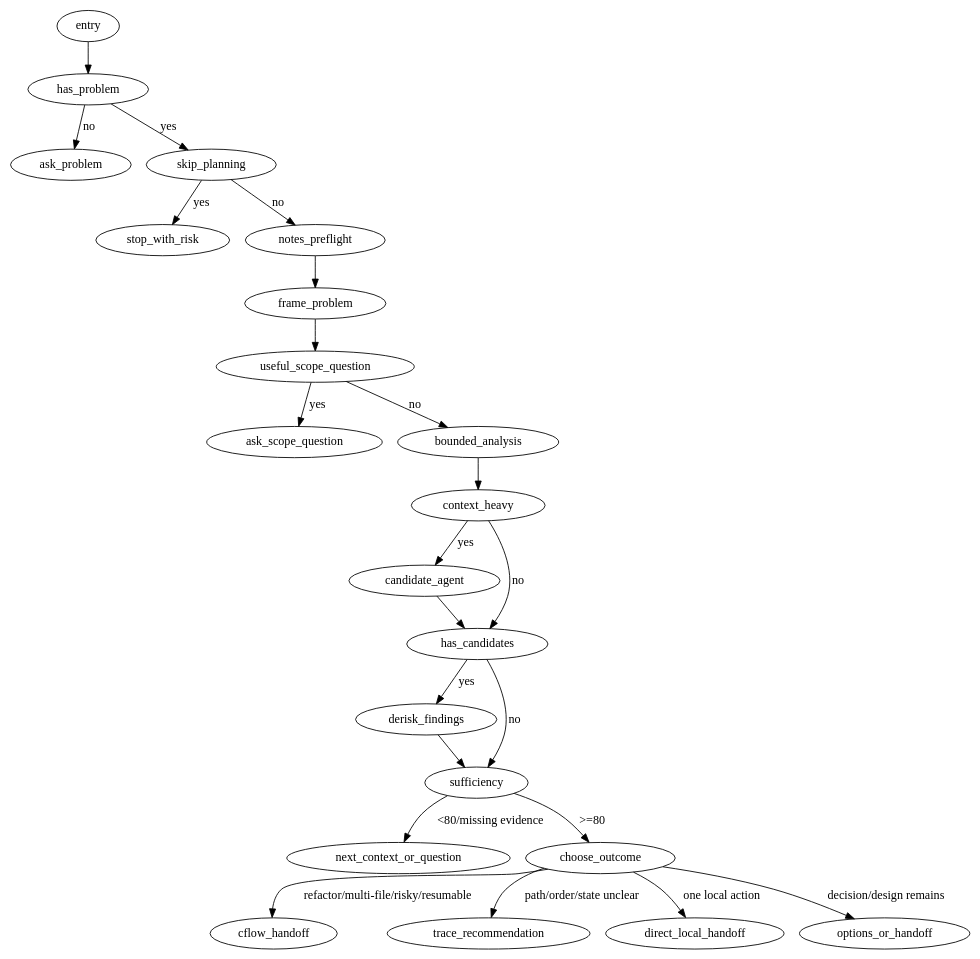
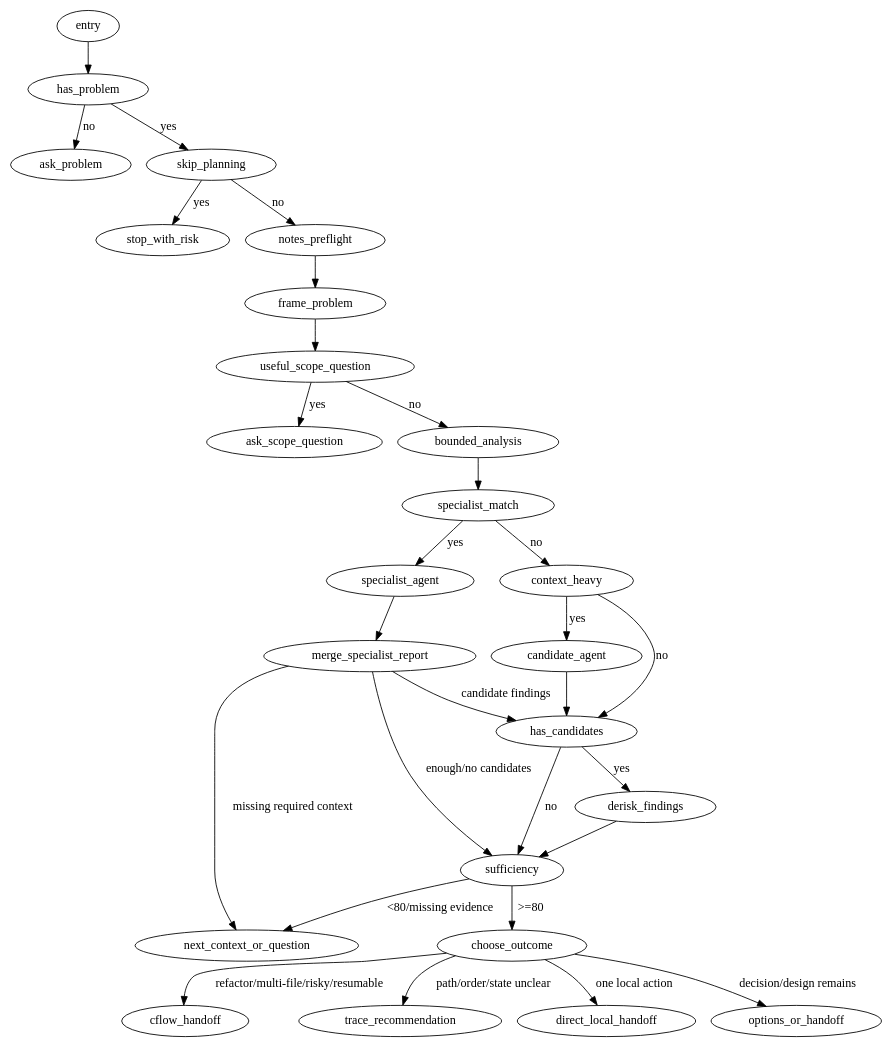
One commit to gualask/clean-flow changed the diagram in docs/mr-wolf/doc-mr-wolf.flow.md. Above: the diagram before and after it, drawn with Graphviz. The commit also changed other lines of this file and 4 other files, not shown here.

````diff
--- a/docs/mr-wolf/doc-mr-wolf.flow.md
+++ b/docs/mr-wolf/doc-mr-wolf.flow.md
@@ -23,26 +23,32 @@
 ```dot
 digraph mr_wolf_runtime {
   entry -> has_problem;
   has_problem -> ask_problem [label="no"];
   has_problem -> skip_planning [label="yes"];
   skip_planning -> stop_with_risk [label="yes"];
   skip_planning -> notes_preflight [label="no"];
   notes_preflight -> frame_problem;
   frame_problem -> useful_scope_question;
   useful_scope_question -> ask_scope_question [label="yes"];
   useful_scope_question -> bounded_analysis [label="no"];
-  bounded_analysis -> context_heavy;
+  bounded_analysis -> specialist_match;
+  specialist_match -> specialist_agent [label="yes"];
+  specialist_match -> context_heavy [label="no"];
+  specialist_agent -> merge_specialist_report;
+  merge_specialist_report -> has_candidates [label="candidate findings"];
+  merge_specialist_report -> sufficiency [label="enough/no candidates"];
+  merge_specialist_report -> next_context_or_question [label="missing required context"];
   context_heavy -> candidate_agent [label="yes"];
   context_heavy -> has_candidates [label="no"];
   candidate_agent -> has_candidates;
   has_candidates -> derisk_findings [label="yes"];
   has_candidates -> sufficiency [label="no"];
   derisk_findings -> sufficiency;
   sufficiency -> next_context_or_question [label="<80/missing evidence"];
   sufficiency -> choose_outcome [label=">=80"];
   choose_outcome -> cflow_handoff [label="refactor/multi-file/risky/resumable"];
   choose_outcome -> trace_recommendation [label="path/order/state unclear"];
   choose_outcome -> direct_local_handoff [label="one local action"];
   choose_outcome -> options_or_handoff [label="decision/design remains"];
 }
 ```
````
